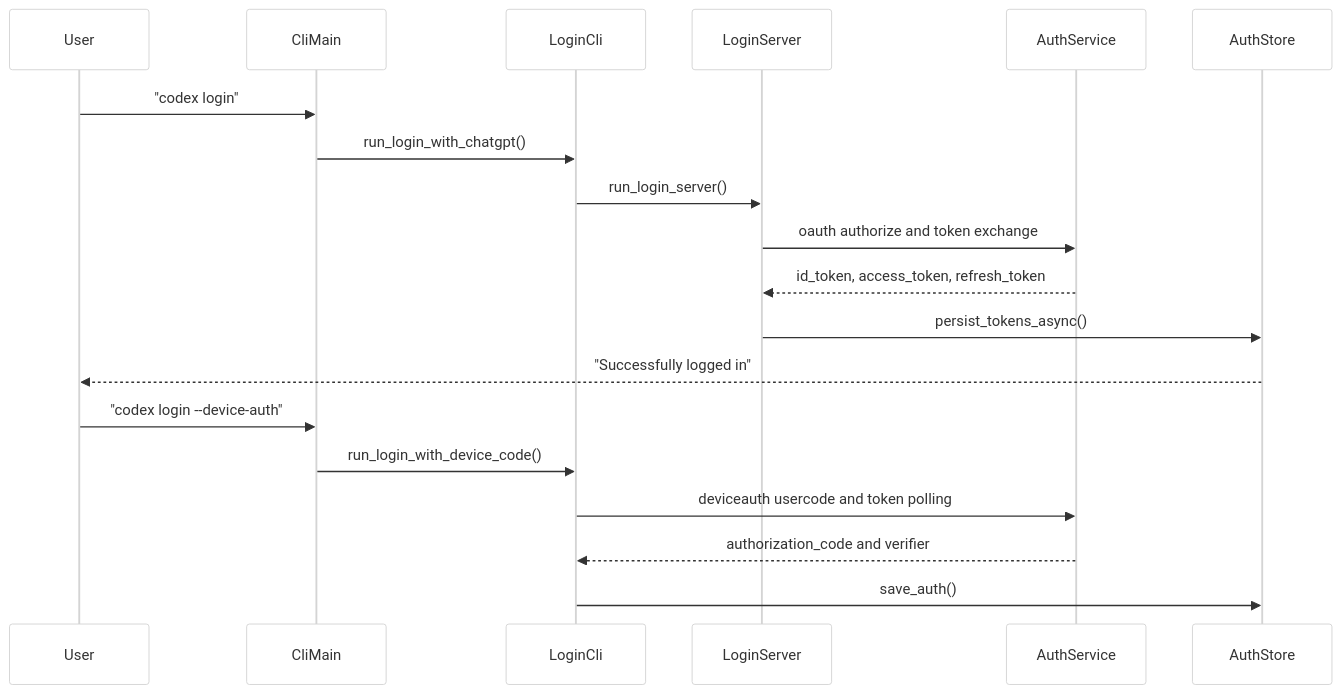
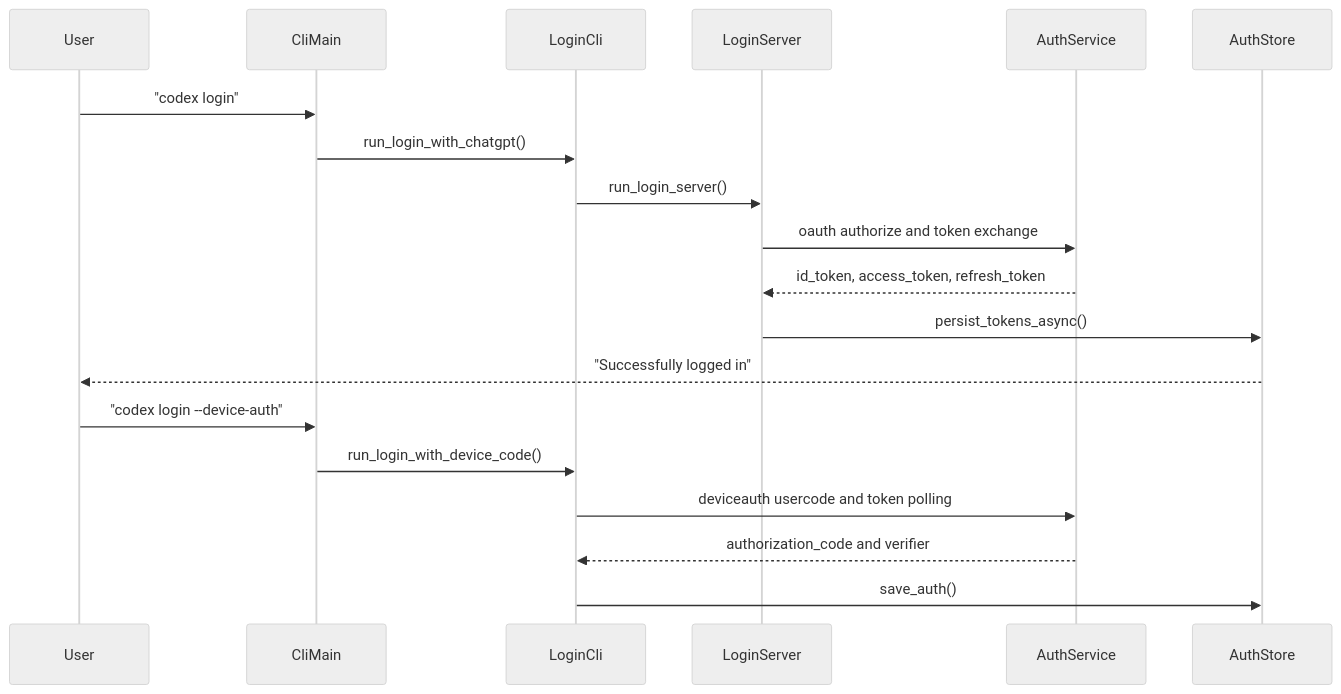
Before and after one commit to GLBB/codex-source-analysis: the third of 5 diagrams in Part I Principles and Usage/04-初级使用方法.md, drawn with Mermaid. The commit also changed other lines of this file and 29 other files, not shown here.

````diff
--- a/Part I Principles and Usage/04-初级使用方法.md
+++ b/Part I Principles and Usage/04-初级使用方法.md
@@ -306,24 +306,24 @@
 ```mermaid
-%%{init: {"theme":"neutral","themeVariables":{"background":"#ffffff","mainBkg":"#ffffff","primaryTextColor":"#000000","lineColor":"#444444","fontFamily":"Helvetica"}}}%%
+%%{init:{'theme':'neutral','themeVariables':{'background':'#ffffff'}}}%%
 sequenceDiagram
     participant User
     participant CliMain
     participant LoginCli
     participant LoginServer
     participant AuthService
     participant AuthStore
 
     User->>CliMain: "codex login"
     CliMain->>LoginCli: run_login_with_chatgpt()
     LoginCli->>LoginServer: run_login_server()
     LoginServer->>AuthService: oauth authorize and token exchange
     AuthService-->>LoginServer: id_token, access_token, refresh_token
     LoginServer->>AuthStore: persist_tokens_async()
     AuthStore-->>User: "Successfully logged in"
 
     User->>CliMain: "codex login --device-auth"
     CliMain->>LoginCli: run_login_with_device_code()
     LoginCli->>AuthService: deviceauth usercode and token polling
     AuthService-->>LoginCli: authorization_code and verifier
     LoginCli->>AuthStore: save_auth()
 ```
````
